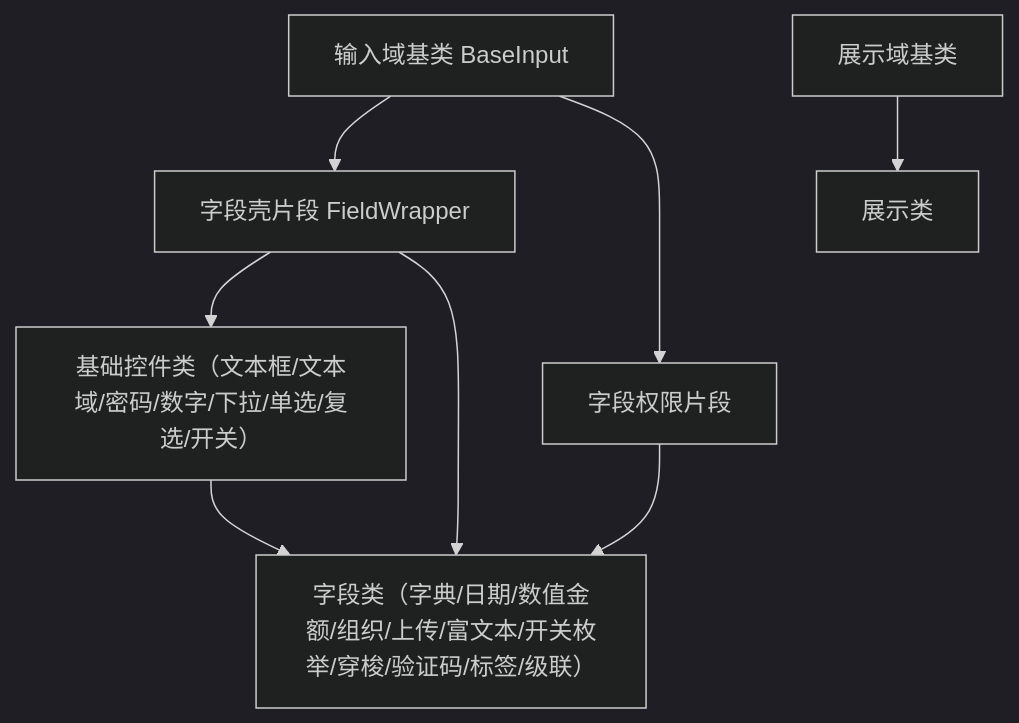
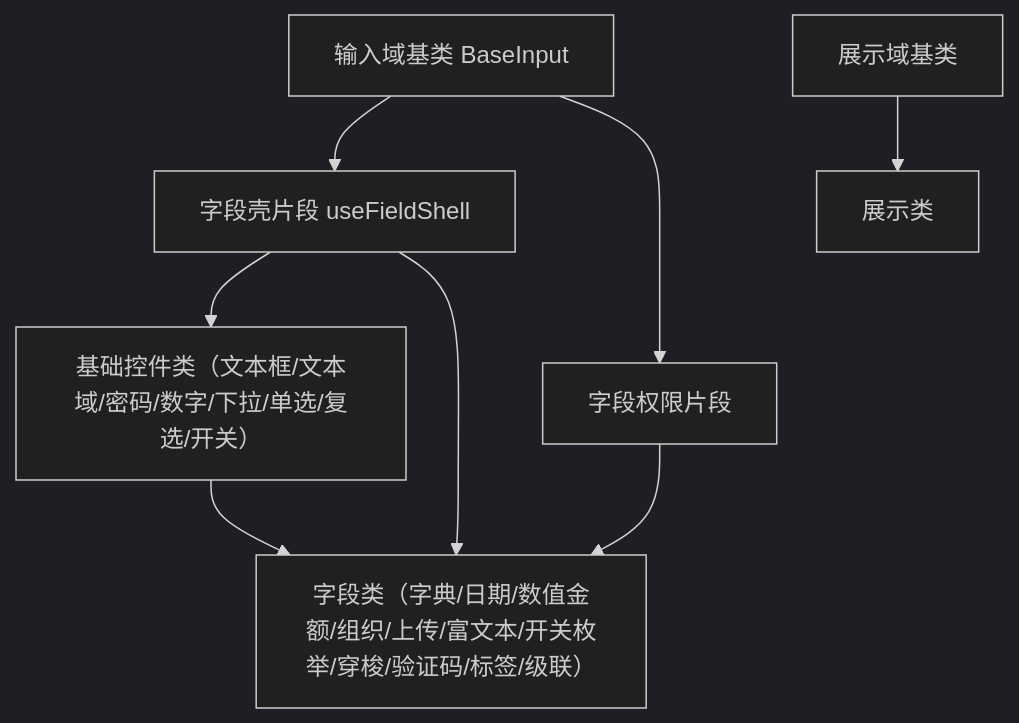
One commit to minjian123/basic-management-system changed the diagram in bms文档/设计/组件设计/02_基础组件类/03_域基类/01_组件设计_输入域基类/01_组件设计_输入域基类.md. Above: the diagram before and after it, drawn with Mermaid (dark theme). The commit also changed other lines of this file and 30 other files, not shown here.

````diff
--- a/bms文档/设计/组件设计/02_基础组件类/03_域基类/01_组件设计_输入域基类/01_组件设计_输入域基类.md
+++ b/bms文档/设计/组件设计/02_基础组件类/03_域基类/01_组件设计_输入域基类/01_组件设计_输入域基类.md
@@ -15,10 +15,10 @@
 ```mermaid
 flowchart TD
-    B["输入域基类 BaseInput"] --> W["字段壳片段 FieldWrapper"]
+    B["输入域基类 BaseInput"] --> W["字段壳片段 useFieldShell"]
     B --> P["字段权限片段"]
     W --> C["基础控件类（文本框/文本域/密码/数字/下拉/单选/复选/开关）"]
     C --> F["字段类（字典/日期/数值金额/组织/上传/富文本/开关枚举/穿梭/验证码/标签/级联）"]
     P --> F
     W --> F
     D["展示域基类"] --> G["展示类"]
 ```
````
